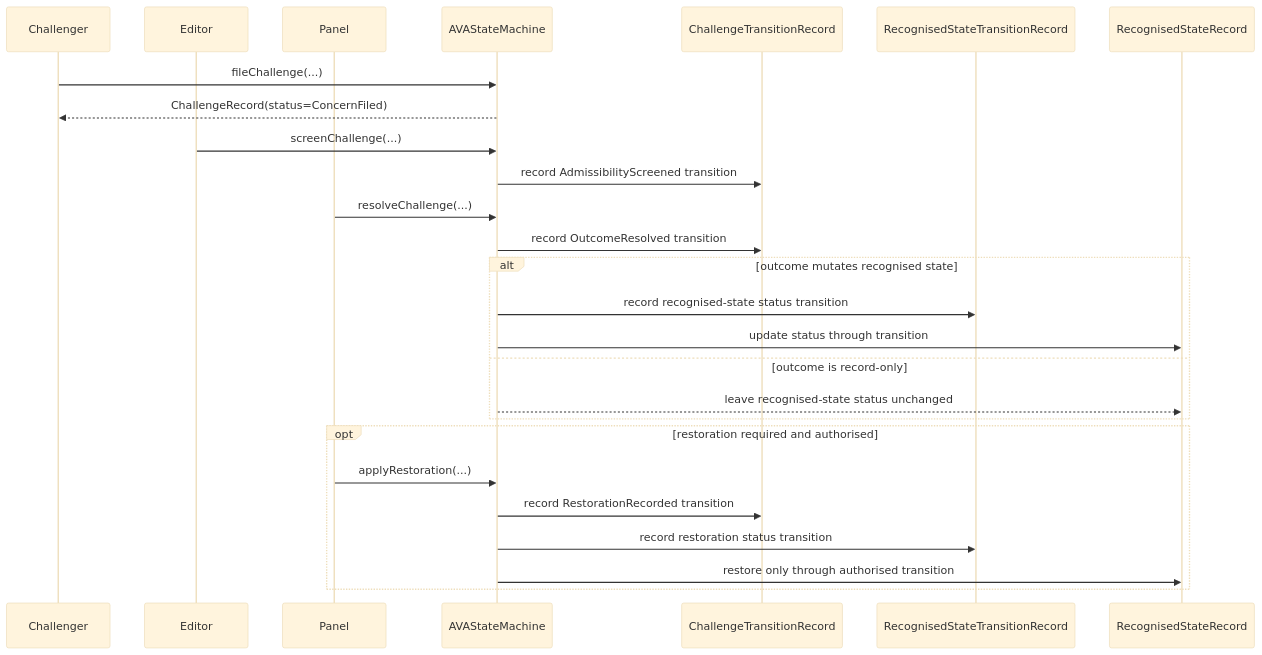
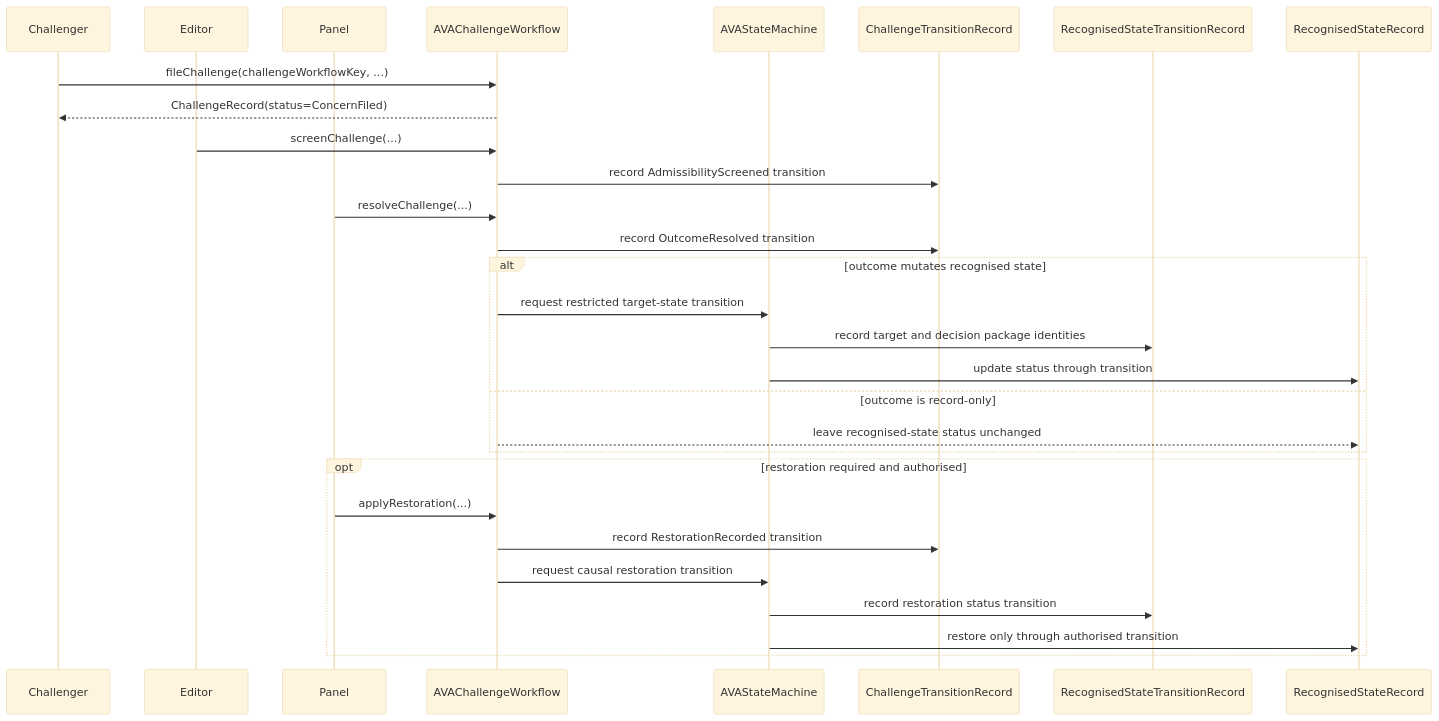
The seventh of 12 diagrams in docs/state-machines.md (CyberChun0329/AVA-PeerReview), drawn with Mermaid (base theme) before and after one commit. The commit also changed other lines of this file and 194 other files, not shown here.

````diff
--- a/docs/state-machines.md
+++ b/docs/state-machines.md
@@ -120,29 +253,32 @@
 ```mermaid
 sequenceDiagram
     participant CH as Challenger
     participant ED as Editor
     participant PN as Panel
+    participant CW as AVAChallengeWorkflow
     participant SM as AVAStateMachine
     participant CTR as ChallengeTransitionRecord
     participant RSTR as RecognisedStateTransitionRecord
     participant RS as RecognisedStateRecord
 
-    CH->>SM: fileChallenge(...)
-    SM-->>CH: ChallengeRecord(status=ConcernFiled)
-    ED->>SM: screenChallenge(...)
-    SM->>CTR: record AdmissibilityScreened transition
-    PN->>SM: resolveChallenge(...)
-    SM->>CTR: record OutcomeResolved transition
+    CH->>CW: fileChallenge(challengeWorkflowKey, ...)
+    CW-->>CH: ChallengeRecord(status=ConcernFiled)
+    ED->>CW: screenChallenge(...)
+    CW->>CTR: record AdmissibilityScreened transition
+    PN->>CW: resolveChallenge(...)
+    CW->>CTR: record OutcomeResolved transition
     alt outcome mutates recognised state
-        SM->>RSTR: record recognised-state status transition
+        CW->>SM: request restricted target-state transition
+        SM->>RSTR: record target and decision package identities
         SM->>RS: update status through transition
     else outcome is record-only
-        SM-->>RS: leave recognised-state status unchanged
+        CW-->>RS: leave recognised-state status unchanged
     end
     opt restoration required and authorised
-        PN->>SM: applyRestoration(...)
-        SM->>CTR: record RestorationRecorded transition
+        PN->>CW: applyRestoration(...)
+        CW->>CTR: record RestorationRecorded transition
+        CW->>SM: request causal restoration transition
         SM->>RSTR: record restoration status transition
         SM->>RS: restore only through authorised transition
     end
 ```
````
